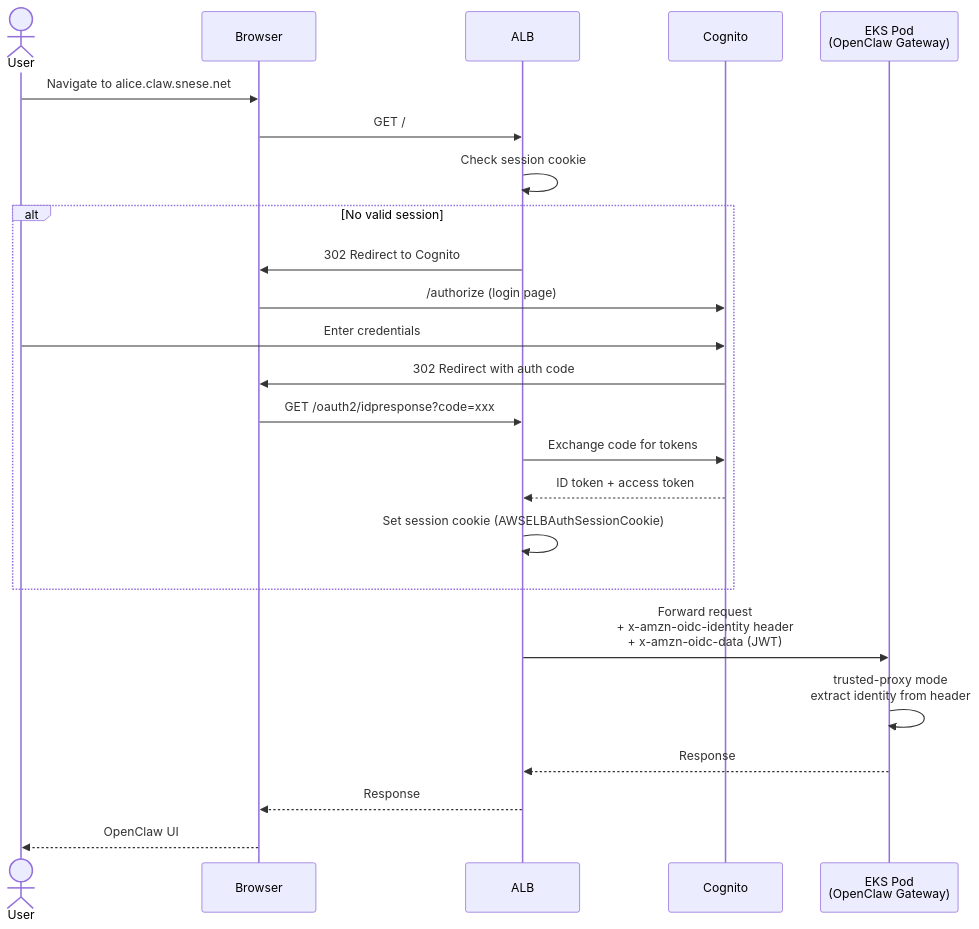
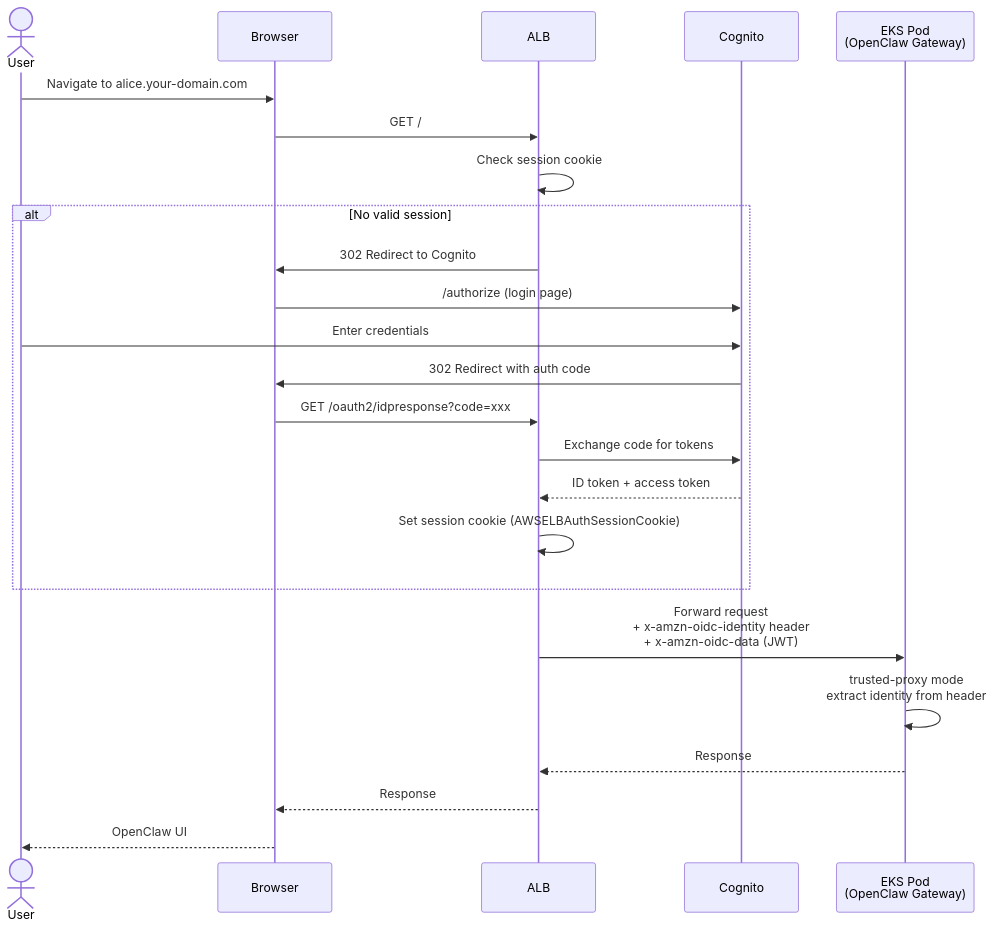
Before and after one commit to snese/sample-openclaw-multi-tenant-platform: the fourth of 5 diagrams in docs/architecture.md, drawn with Mermaid. The commit also changed other lines of this file and 3 other files, not shown here.

````diff
--- a/docs/architecture.md
+++ b/docs/architecture.md
@@ -248,29 +248,29 @@
 ```mermaid
 sequenceDiagram
     actor User
     participant Browser
     participant ALB
     participant Cognito
     participant Pod as EKS Pod<br/>(OpenClaw Gateway)
 
-    User->>Browser: Navigate to alice.claw.snese.net
+    User->>Browser: Navigate to alice.your-domain.com
     Browser->>ALB: GET /
     ALB->>ALB: Check session cookie
 
     alt No valid session
         ALB->>Browser: 302 Redirect to Cognito
         Browser->>Cognito: /authorize (login page)
         User->>Cognito: Enter credentials
         Cognito->>Browser: 302 Redirect with auth code
         Browser->>ALB: GET /oauth2/idpresponse?code=xxx
         ALB->>Cognito: Exchange code for tokens
         Cognito-->>ALB: ID token + access token
         ALB->>ALB: Set session cookie (AWSELBAuthSessionCookie)
     end
 
     ALB->>Pod: Forward request<br/>+ x-amzn-oidc-identity header<br/>+ x-amzn-oidc-data (JWT)
     Pod->>Pod: trusted-proxy mode<br/>extract identity from header
     Pod-->>ALB: Response
     ALB-->>Browser: Response
     Browser-->>User: OpenClaw UI
 ```
````
